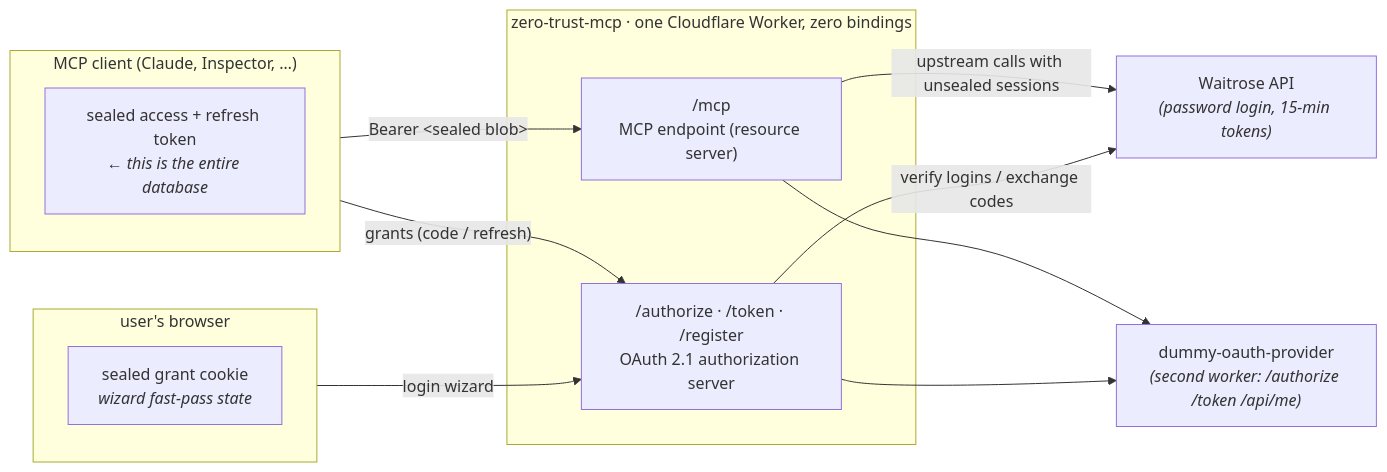
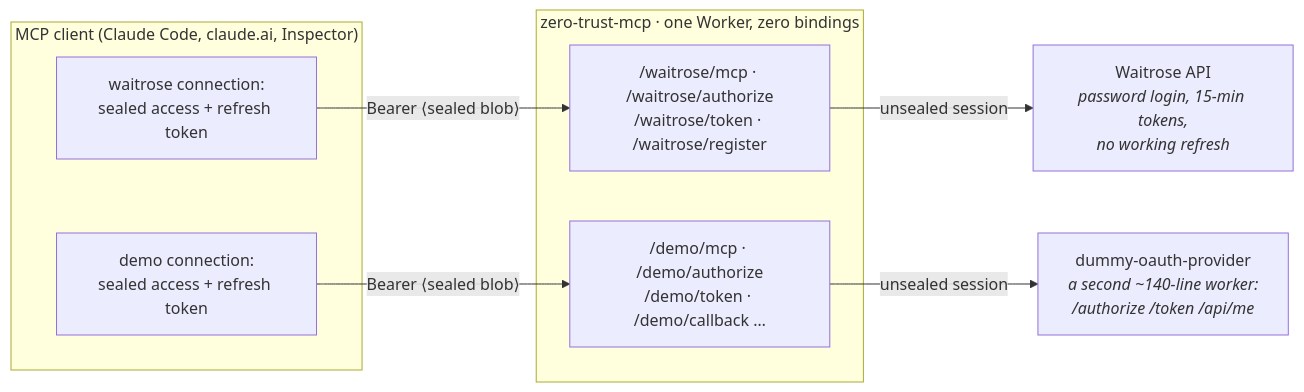
The first of 3 diagrams in README.md (iterate/zero-trust-mcp), drawn with Mermaid before and after one commit. The commit also changed other lines of this file and 8 other files, not shown here.

````diff
--- a/README.md
+++ b/README.md
@@ -31,23 +40,18 @@
 ```mermaid
 flowchart LR
-    subgraph Client["MCP client (Claude, Inspector, …)"]
-        TOK["sealed access + refresh token<br/><i>← this is the entire database</i>"]
+    subgraph Client["MCP client (Claude Code, claude.ai, Inspector)"]
+        T1["waitrose connection:<br/>sealed access + refresh token"]
+        T2["demo connection:<br/>sealed access + refresh token"]
     end
-    subgraph Worker["zero-trust-mcp · one Cloudflare Worker, zero bindings"]
-        MCP["/mcp<br/>MCP endpoint (resource server)"]
-        AS["/authorize · /token · /register<br/>OAuth 2.1 authorization server"]
+    subgraph Worker["zero-trust-mcp · one Worker, zero bindings"]
+        W["/waitrose/mcp · /waitrose/authorize<br/>/waitrose/token · /waitrose/register"]
+        D["/demo/mcp · /demo/authorize<br/>/demo/token · /demo/callback …"]
     end
-    subgraph Browser["user's browser"]
-        COOKIE["sealed grant cookie<br/><i>wizard fast-pass state</i>"]
-    end
-    UP1["Waitrose API<br/><i>(password login, 15-min tokens)</i>"]
-    UP2["dummy-oauth-provider<br/><i>(second worker: /authorize /token /api/me)</i>"]
+    UP1["Waitrose API<br/><i>password login, 15-min tokens,<br/>no working refresh</i>"]
+    UP2["dummy-oauth-provider<br/><i>a second ~140-line worker:<br/>/authorize /token /api/me</i>"]
 
-    Client -- "Bearer &lt;sealed blob&gt;" --> MCP
-    Client -- "grants (code / refresh)" --> AS
-    Browser -- "login wizard" --> AS
-    MCP -- "upstream calls with unsealed sessions" --> UP1
-    MCP --> UP2
-    AS -- "verify logins / exchange codes" --> UP1
-    AS --> UP2
+    T1 -- "Bearer ⟨sealed blob⟩" --> W
+    T2 -- "Bearer ⟨sealed blob⟩" --> D
+    W -- "unsealed session" --> UP1
+    D -- "unsealed session" --> UP2
 ```
````
